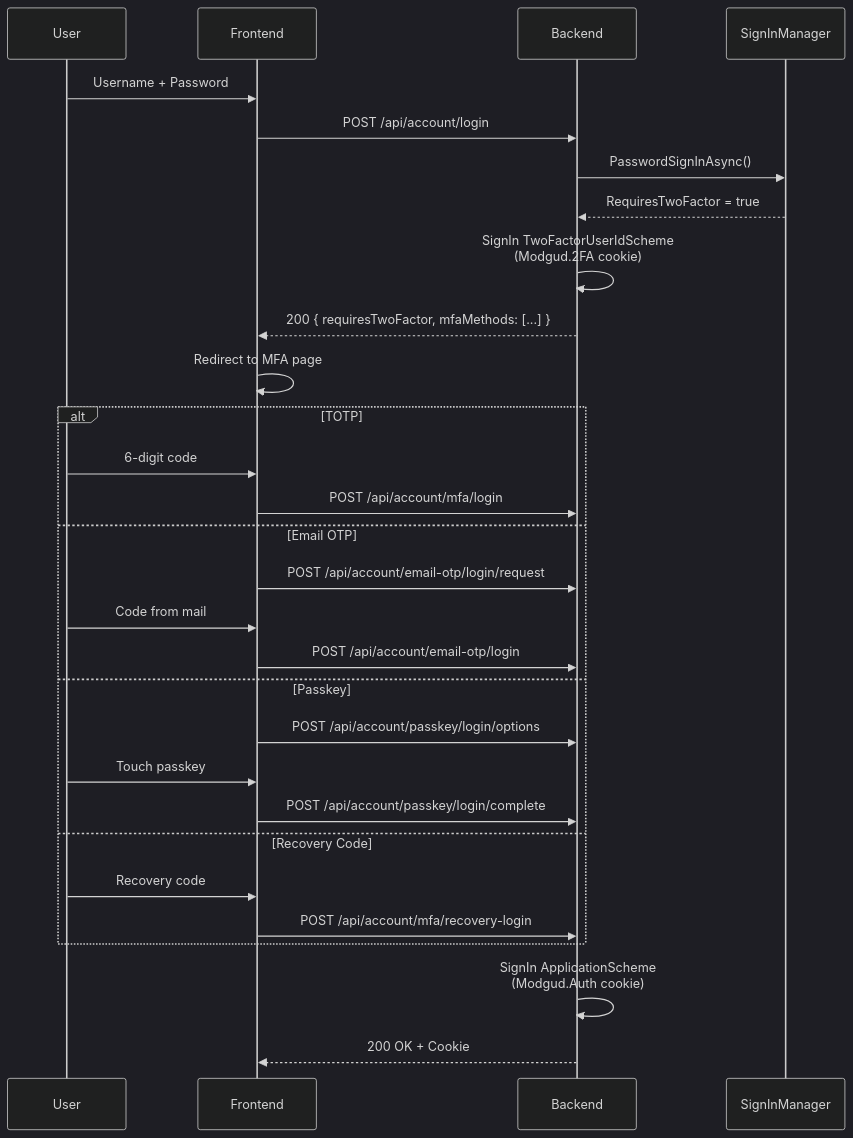
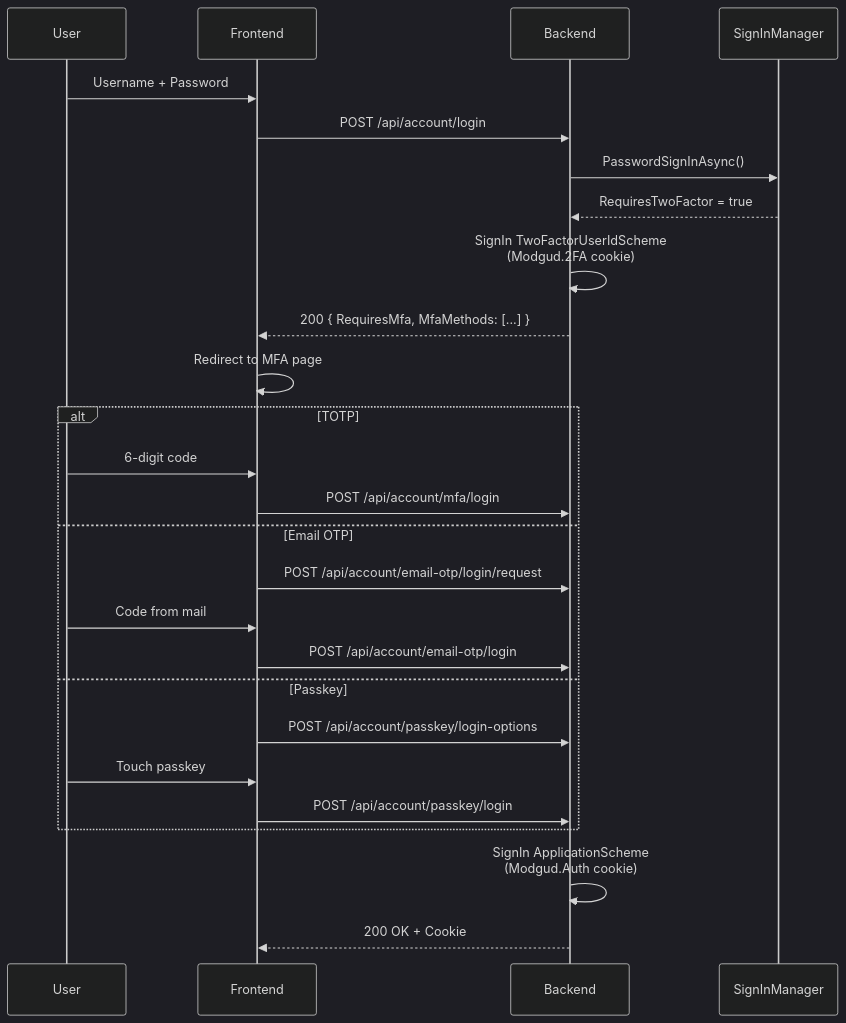
Before and after one commit to cocoar-dev/modgud: the diagram in docs/integrate/two-factor.md, drawn with Mermaid (dark theme). The commit also changed other lines of this file and 166 other files, not shown here.

````diff
--- a/docs/integrate/two-factor.md
+++ b/docs/integrate/two-factor.md
@@ -17,34 +15,31 @@
 ```mermaid
 sequenceDiagram
     participant User
     participant Frontend
     participant Backend
     participant SignInManager
 
     User->>Frontend: Username + Password
     Frontend->>Backend: POST /api/account/login
     Backend->>SignInManager: PasswordSignInAsync()
     SignInManager-->>Backend: RequiresTwoFactor = true
     Backend->>Backend: SignIn TwoFactorUserIdScheme<br/>(Modgud.2FA cookie)
-    Backend-->>Frontend: 200 { requiresTwoFactor, mfaMethods: [...] }
+    Backend-->>Frontend: 200 { RequiresMfa, MfaMethods: [...] }
     Frontend->>Frontend: Redirect to MFA page
 
     alt TOTP
         User->>Frontend: 6-digit code
         Frontend->>Backend: POST /api/account/mfa/login
     else Email OTP
         Frontend->>Backend: POST /api/account/email-otp/login/request
         User->>Frontend: Code from mail
         Frontend->>Backend: POST /api/account/email-otp/login
     else Passkey
-        Frontend->>Backend: POST /api/account/passkey/login/options
+        Frontend->>Backend: POST /api/account/passkey/login-options
         User->>Frontend: Touch passkey
-        Frontend->>Backend: POST /api/account/passkey/login/complete
-    else Recovery Code
-        User->>Frontend: Recovery code
-        Frontend->>Backend: POST /api/account/mfa/recovery-login
+        Frontend->>Backend: POST /api/account/passkey/login
     end
 
     Backend->>Backend: SignIn ApplicationScheme<br/>(Modgud.Auth cookie)
     Backend-->>Frontend: 200 OK + Cookie
 ```
````
